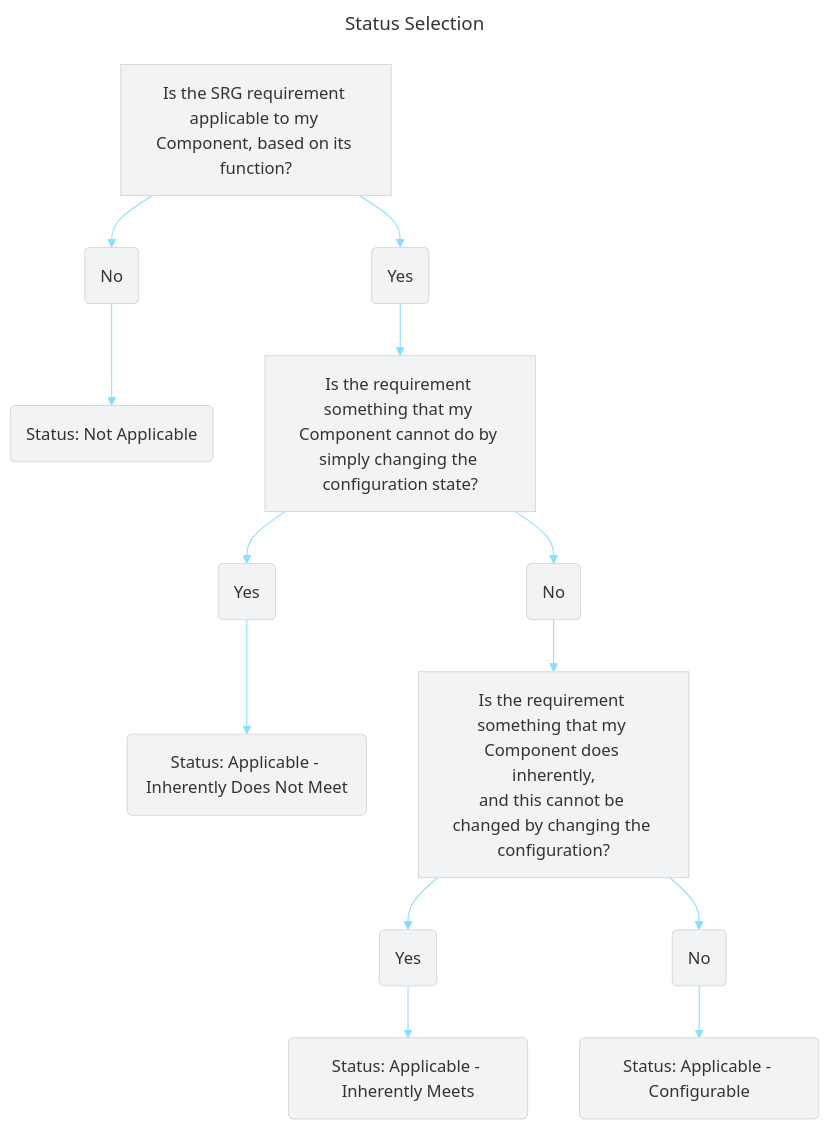
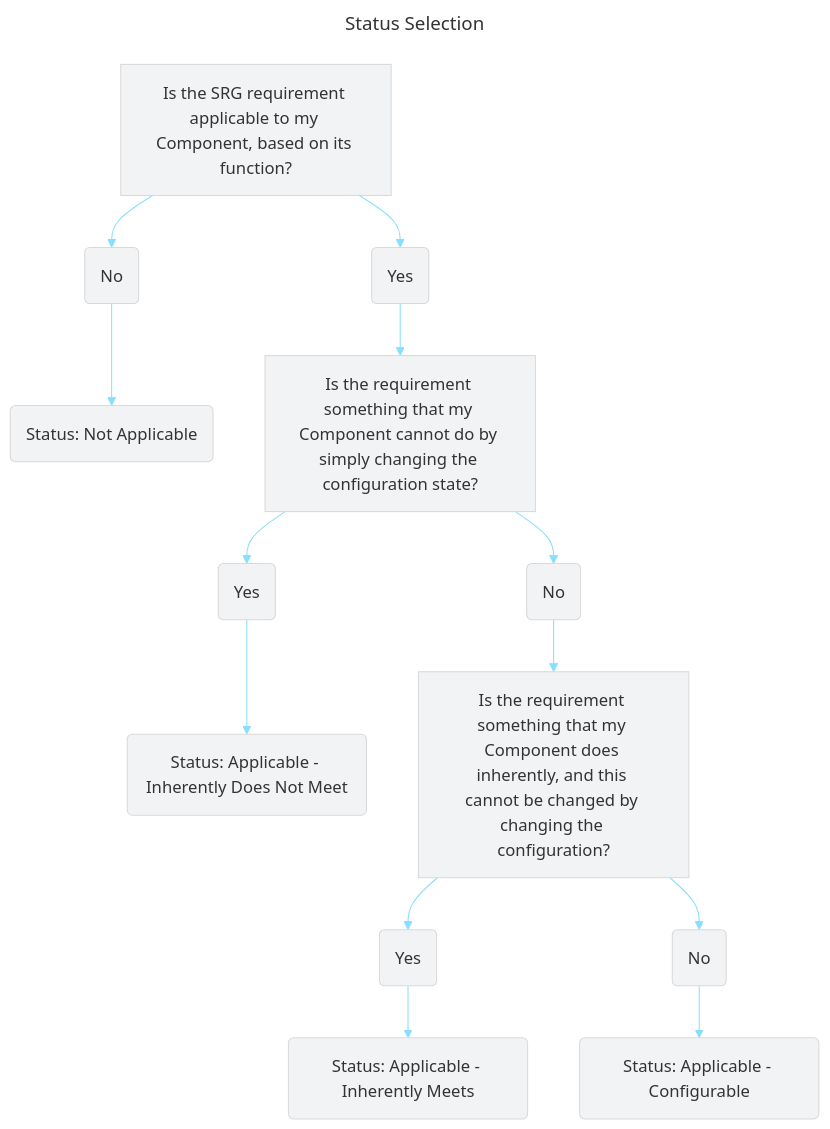
Before and after one commit to mitre/saf-training: the diagram in src/courses/guidance/07.md, drawn with Mermaid. The commit also changed other lines of this file and 5 other files, not shown here.

````diff
--- a/src/courses/guidance/07.md
+++ b/src/courses/guidance/07.md
@@ -61,28 +63,28 @@
 ``` mermaid
 ---
 title: Status Selection
 config:
   theme: base
   themeVariables:
     primaryColor: "#F1F3F4"
     lineColor: "#87DEFF"
 ---
 flowchart TB
     ac(Status: Applicable - Configurable)
     im(Status: Applicable - Inherently Meets)
     in(Status: Applicable - Inherently Does Not Meet)
     na(Status: Not Applicable)
 
     id1[Is the SRG requirement applicable to my Component, based on its function?] --> id2(Yes)
     id1 --> id3(No)
     id3 --> na
     id2 --> id4[Is the requirement something that my Component cannot do by simply changing the configuration state?]
     id4 --> id5(Yes)
     id4 --> id6(No)
     id5 --> in
-    id6 --> id7[Is the requirement something that my Component does inherently,\nand this cannot be changed by changing the configuration?]
+    id6 --> id7[Is the requirement something that my Component does inherently, and this cannot be changed by changing the configuration?]
     id7 --> id8(Yes)
     id7 --> id9(No)
     id8 --> im
     id9 --> ac
 ```
````
